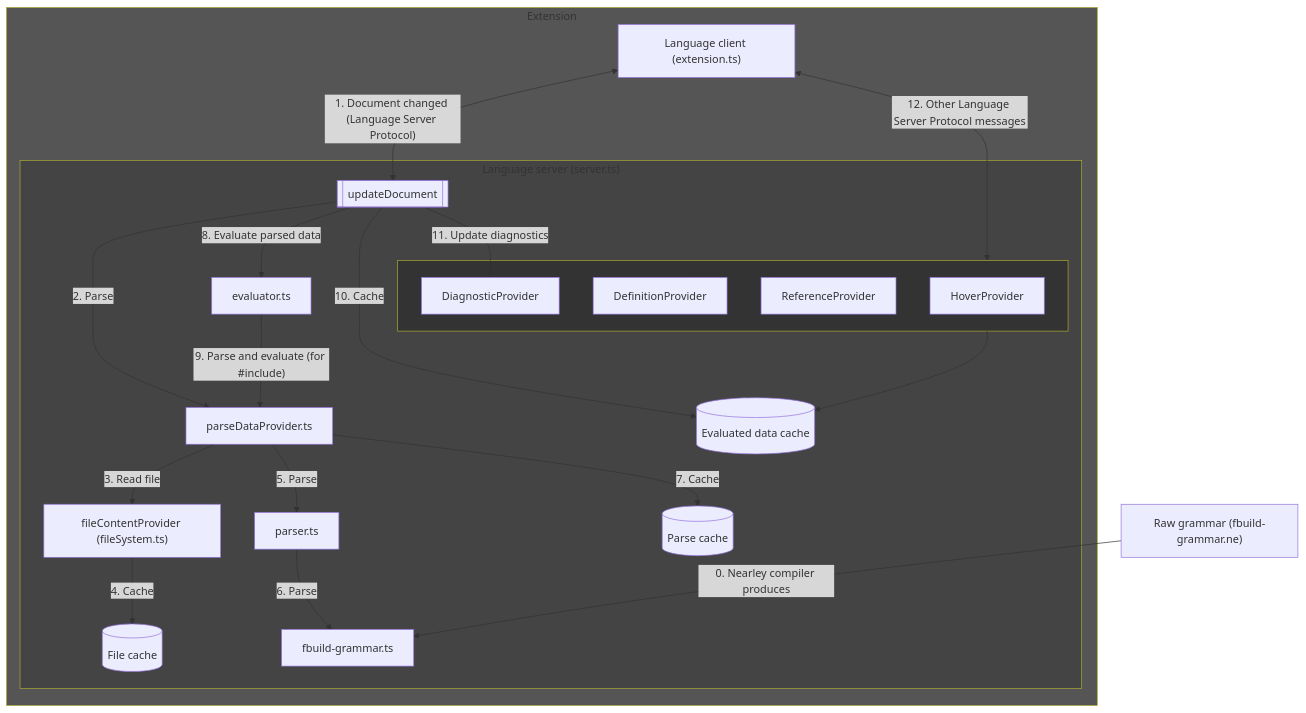
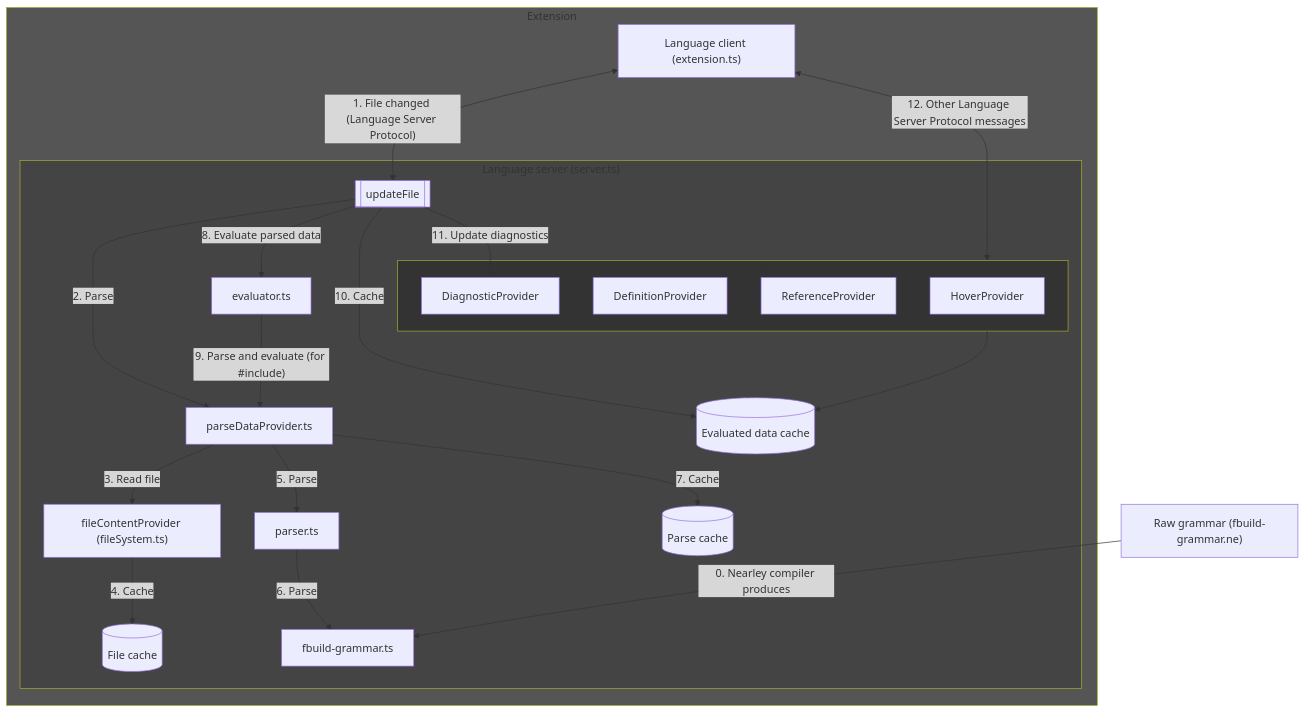
Before and after one commit to harrisont/fastbuild-vscode: the diagram in CONTRIBUTING.md, drawn with Mermaid. The commit also changed other lines of this file, not shown here.

Commit message:
Expand the contributor docs Add explanations of the architecture diagram's flow steps.

````diff
--- a/CONTRIBUTING.md
+++ b/CONTRIBUTING.md
@@ -28,33 +34,33 @@
 ```mermaid
 flowchart TB
     RawGrammar["Raw grammar (fbuild-grammar.ne)"] -->|0. Nearley compiler produces| CompiledGrammar[fbuild-grammar.ts]
     subgraph Extension
-        LanguageClient["Language client (extension.ts)"] <-->|"1. Document changed (Language Server Protocol)"| FileUpdate[[updateDocument]]
+        LanguageClient["Language client (extension.ts)"] <-->|"1. File changed (Language Server Protocol)"| FileUpdate[[updateFile]]
         subgraph LanguageServer["Language server (server.ts)"]
             FileUpdate -->|2. Parse| ParseDataProvider[parseDataProvider.ts]
             ParseDataProvider -->|3. Read file| FileContentProvider["fileContentProvider (fileSystem.ts)"]
             FileContentProvider -->|4. Cache| FileCache[(File cache)]
             ParseDataProvider -->|5. Parse| Parser[parser.ts]
             Parser -->|6. Parse| CompiledGrammar
             ParseDataProvider -->|7. Cache| ParseCache[(Parse cache)]
             FileUpdate -->|8. Evaluate parsed data| Evaluator[evaluator.ts]
             Evaluator -->|"9. Parse and evaluate (for #include)"| ParseDataProvider
             FileUpdate -->|10. Cache| EvaluatedDataCache[(Evaluated data cache)]
 
             subgraph FeatureProviders[Feature providers]
                 HoverProvider
                 DefinitionProvider
                 ReferenceProvider
                 DiagnosticProvider
             end
             FeatureProviders --> EvaluatedDataCache
 
             FileUpdate -->|11. Update diagnostics| DiagnosticProvider
         end
         LanguageClient <-->|12. Other Language Server Protocol messages| FeatureProviders
     end
 
     style Extension fill:#555
     style LanguageServer fill:#444
     style FeatureProviders fill:#333
 ```
````
